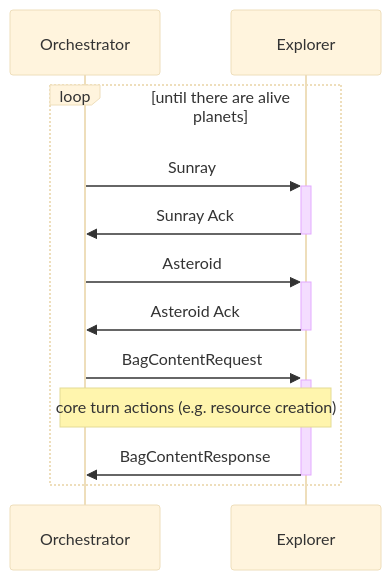
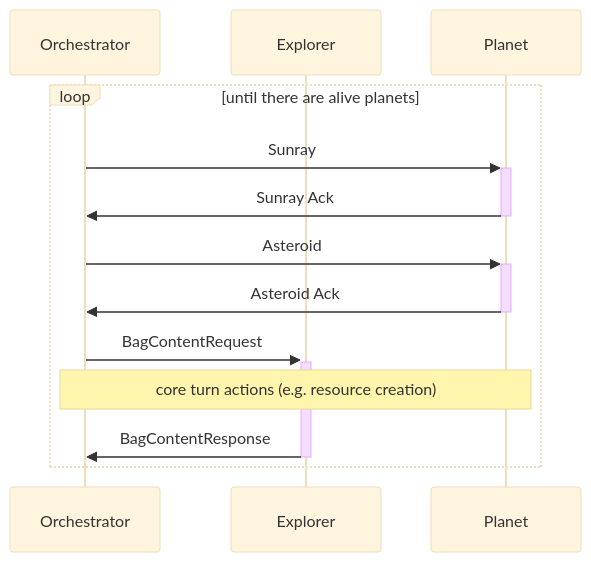
Before and after one commit to SamueleFacenda/rusty-crab: the diagram in README.md, drawn with Mermaid (base theme).

````diff
--- a/README.md
+++ b/README.md
@@ -15,20 +15,21 @@
 ```mermaid
 sequenceDiagram
     participant O as Orchestrator
     participant E as Explorer
+    participant P as Planet
     
     loop until there are alive planets
-        O->>+E: Sunray
-        E->>-O: Sunray Ack
-        O->>+E: Asteroid
-        E->>-O: Asteroid Ack
+        O->>+P: Sunray
+        P->>-O: Sunray Ack
+        O->>+P: Asteroid
+        P->>-O: Asteroid Ack
         
         O->>+E: BagContentRequest
         
-        Note over O, E: core turn actions (e.g. resource creation)
+        Note over O, P: core turn actions (e.g. resource creation)
         
         E->>-O: BagContentResponse
         
     end
     
 ```
````
